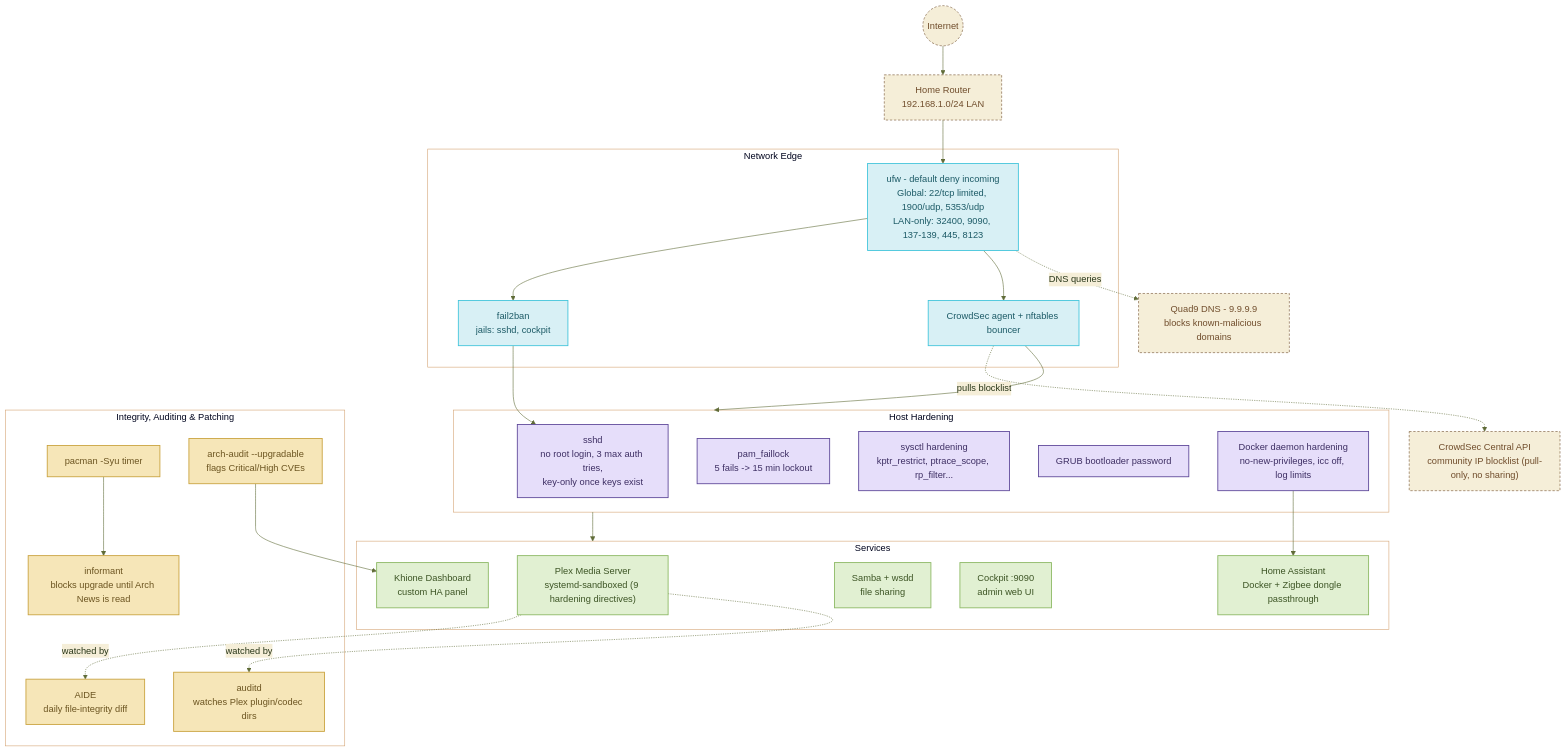
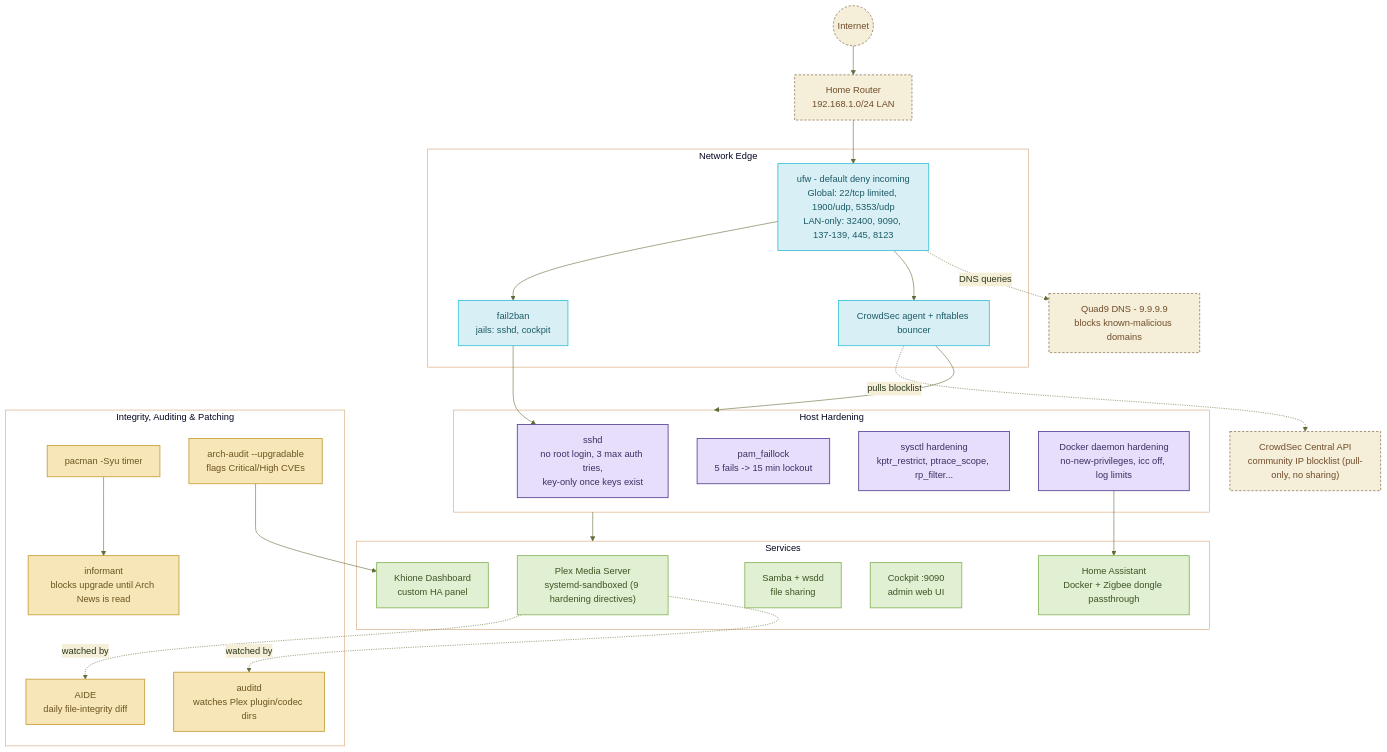
The diagram in README.md (FrosteAto/Khione), drawn with Mermaid before and after one commit. The commit also changed other lines of this file and 8 other files, not shown here.

````diff
--- a/README.md
+++ b/README.md
@@ -111,80 +111,79 @@
 ```mermaid
 %%{init: {"theme": "base", "themeVariables": {
   "fontFamily": "Helvetica Neue, Helvetica, Arial, sans-serif",
   "primaryColor": "#f5eed8",
   "primaryTextColor": "#283618",
   "primaryBorderColor": "#8bb862",
   "lineColor": "#606c38",
   "secondaryColor": "#f5eed8",
   "tertiaryColor": "#fefae0",
   "clusterBkg": "transparent",
   "clusterBorder": "#d4a373"
 }}}%%
 flowchart TD
     INTERNET(("Internet"))
     ROUTER["Home Router<br/>192.168.1.0/24 LAN"]
     QUAD9["Quad9 DNS - 9.9.9.9<br/>blocks known-malicious domains"]
     CS_CLOUD["CrowdSec Central API<br/>community IP blocklist (pull-only, no sharing)"]
 
     INTERNET --> ROUTER
 
     subgraph EDGE["Network Edge"]
         UFW["ufw - default deny incoming<br/>Global: 22/tcp limited, 1900/udp, 5353/udp<br/>LAN-only: 32400, 9090, 137-139, 445, 8123"]
         F2B["fail2ban<br/>jails: sshd, cockpit"]
         CSBOUNCER["CrowdSec agent + nftables bouncer"]
     end
 
     ROUTER --> UFW
     UFW --> F2B
     UFW --> CSBOUNCER
     UFW -. DNS queries .-> QUAD9
     CSBOUNCER -. pulls blocklist .-> CS_CLOUD
 
     subgraph HOST["Host Hardening"]
         SSHD["sshd<br/>no root login, 3 max auth tries,<br/>key-only once keys exist"]
         PAM["pam_faillock<br/>5 fails -> 15 min lockout"]
         SYSCTL["sysctl hardening<br/>kptr_restrict, ptrace_scope, rp_filter..."]
-        GRUB["GRUB bootloader password"]
         DOCKERD["Docker daemon hardening<br/>no-new-privileges, icc off, log limits"]
     end
 
     F2B --> SSHD
     CSBOUNCER --> HOST
 
     subgraph SERVICES["Services"]
         PLEX["Plex Media Server<br/>systemd-sandboxed (9 hardening directives)"]
         HA["Home Assistant<br/>Docker + Zigbee dongle passthrough"]
         SAMBA["Samba + wsdd<br/>file sharing"]
         COCKPIT["Cockpit :9090<br/>admin web UI"]
         DASH["Khione Dashboard<br/>custom HA panel"]
     end
 
     HOST --> SERVICES
     DOCKERD --> HA
 
     subgraph WATCH["Integrity, Auditing & Patching"]
         AIDE["AIDE<br/>daily file-integrity diff"]
         AUDITD["auditd<br/>watches Plex plugin/codec dirs"]
         PACTIMER["pacman -Syu timer"]
         INFORMANT["informant<br/>blocks upgrade until Arch News is read"]
         ARCHAUDIT["arch-audit --upgradable<br/>flags Critical/High CVEs"]
     end
 
     PLEX -. watched by .-> AIDE
     PLEX -. watched by .-> AUDITD
     PACTIMER --> INFORMANT
     ARCHAUDIT --> DASH
 
     %% Khione palette, reusing the real dashboard's own category colours
     %% (network=blue, security/hardening=purple, services=green, patching=yellow)
     classDef external fill:#f5eed8,stroke:#704d2c,color:#704d2c,stroke-width:1px,stroke-dasharray: 4 3;
     classDef edgeNode fill:#d8f0f5,stroke:#40c4db,color:#1c5a66,stroke-width:1.5px;
     classDef hostNode fill:#e6defa,stroke:#5d4799,color:#3d2e63,stroke-width:1.5px;
     classDef servicesNode fill:#e1f0d2,stroke:#8bb862,color:#3c5424,stroke-width:1.5px;
     classDef watchNode fill:#f6e6b8,stroke:#c9a23d,color:#6b5420,stroke-width:1.5px;
     class INTERNET,ROUTER,QUAD9,CS_CLOUD external
     class UFW,F2B,CSBOUNCER edgeNode
-    class SSHD,PAM,SYSCTL,GRUB,DOCKERD hostNode
+    class SSHD,PAM,SYSCTL,DOCKERD hostNode
     class PLEX,HA,SAMBA,COCKPIT,DASH servicesNode
     class AIDE,AUDITD,PACTIMER,INFORMANT,ARCHAUDIT watchNode
 ```
````
